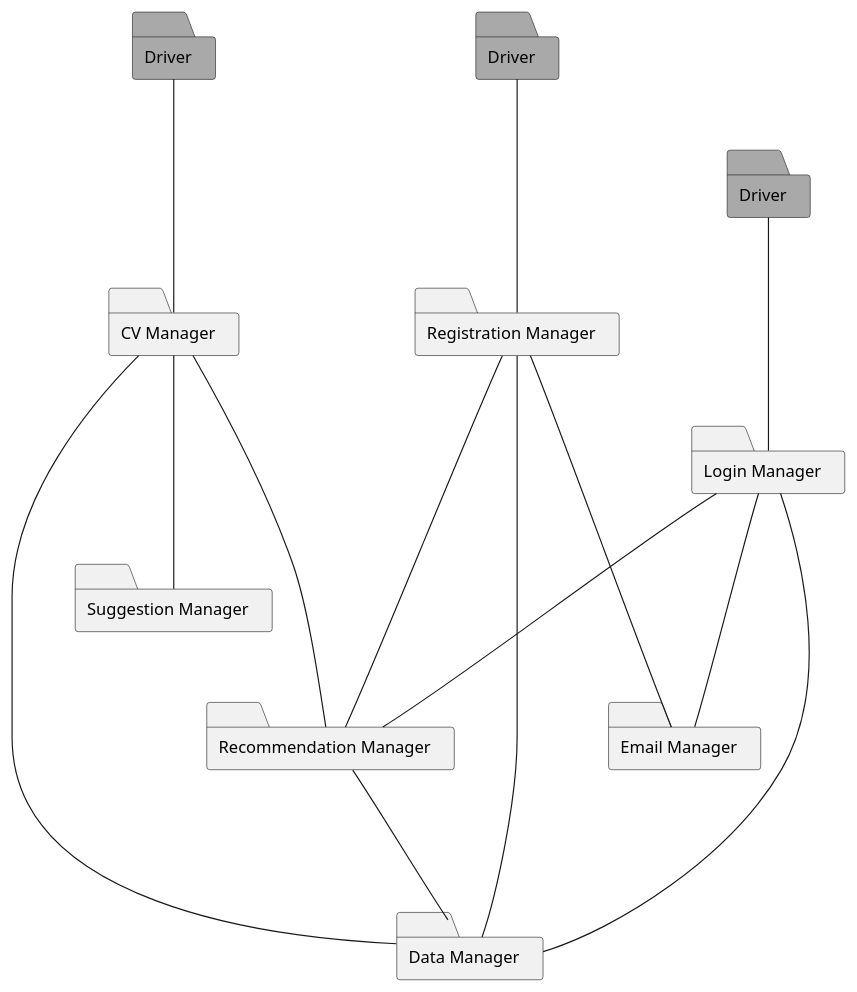
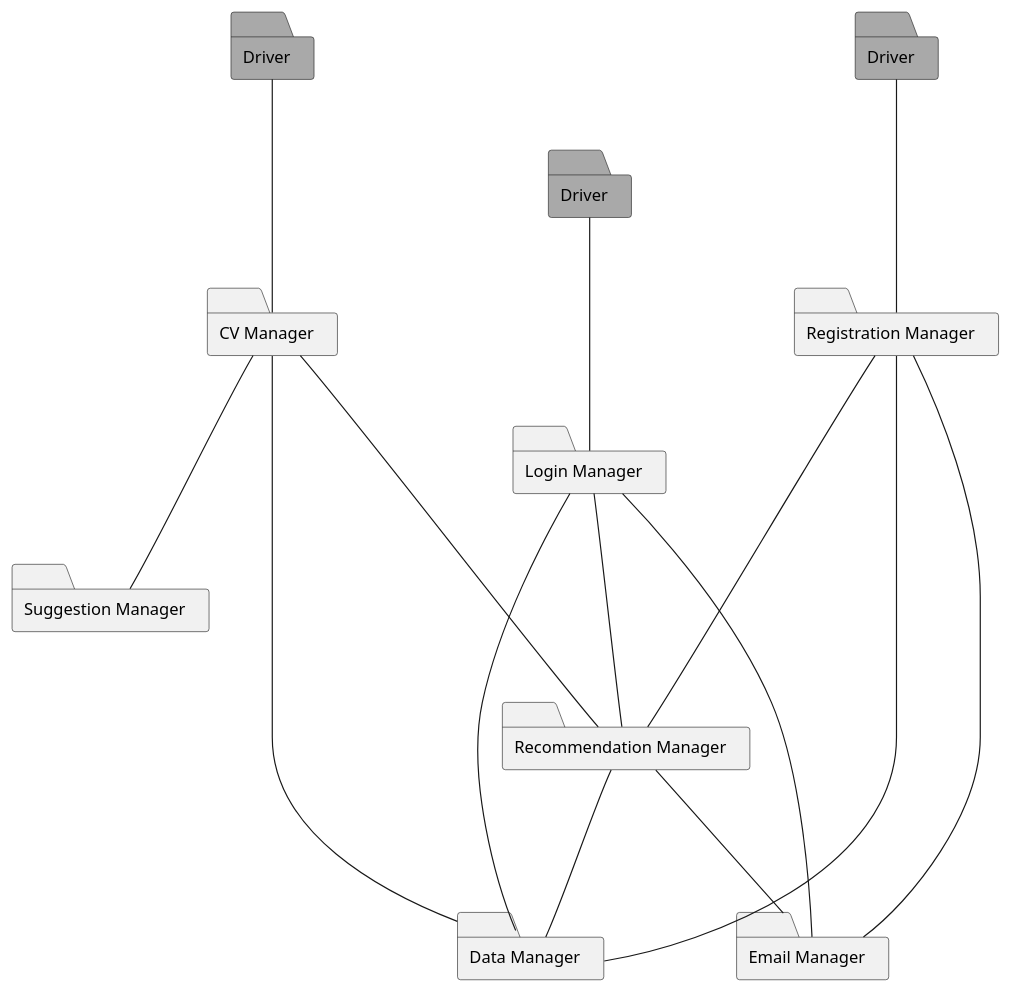
The diagram in DD/Implementation_integration_and_test_plan/uml_diagrams/cv.puml (matti8702/R_and_DD_project_SE2), drawn with PlantUML before and after one commit. The commit also changed 16 other files, not shown here.

```diff
--- a/DD/Implementation_integration_and_test_plan/uml_diagrams/cv.puml
+++ b/DD/Implementation_integration_and_test_plan/uml_diagrams/cv.puml
@@ -1,27 +1,28 @@
 @startuml feat3
 
 folder CV as "CV Manager"
 folder SM as "Suggestion Manager"
 folder D1 as "Driver"  #DarkGray 
 folder D2 as "Driver"  #DarkGray
 folder D3 as "Driver"#DarkGray
 folder RS as "Registration Manager"
 folder L as "Login Manager"
 folder EM as "Email Manager"
 folder RM as "Recommendation Manager"
 folder DM as "Data Manager"
 
 CV ---- RM
 CV --- DM
 CV --- SM
 D3 --- CV
 D1 --- L
 D2 --- RS
 L  --- EM
 RS --- EM
 L  --- RM
 RS --- DM 
 L  --- DM
 RS ---- RM
+RM --- EM
 RM --- DM
 @enduml
```
